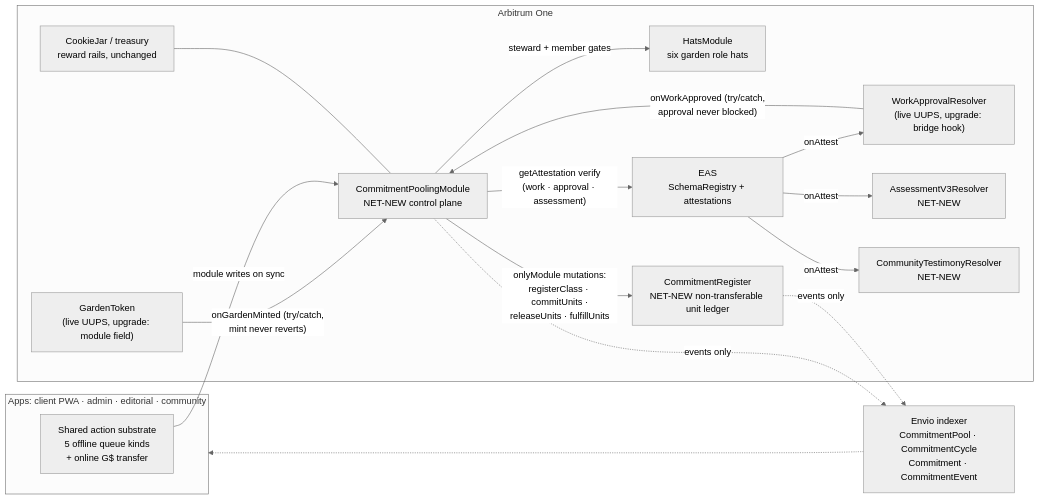
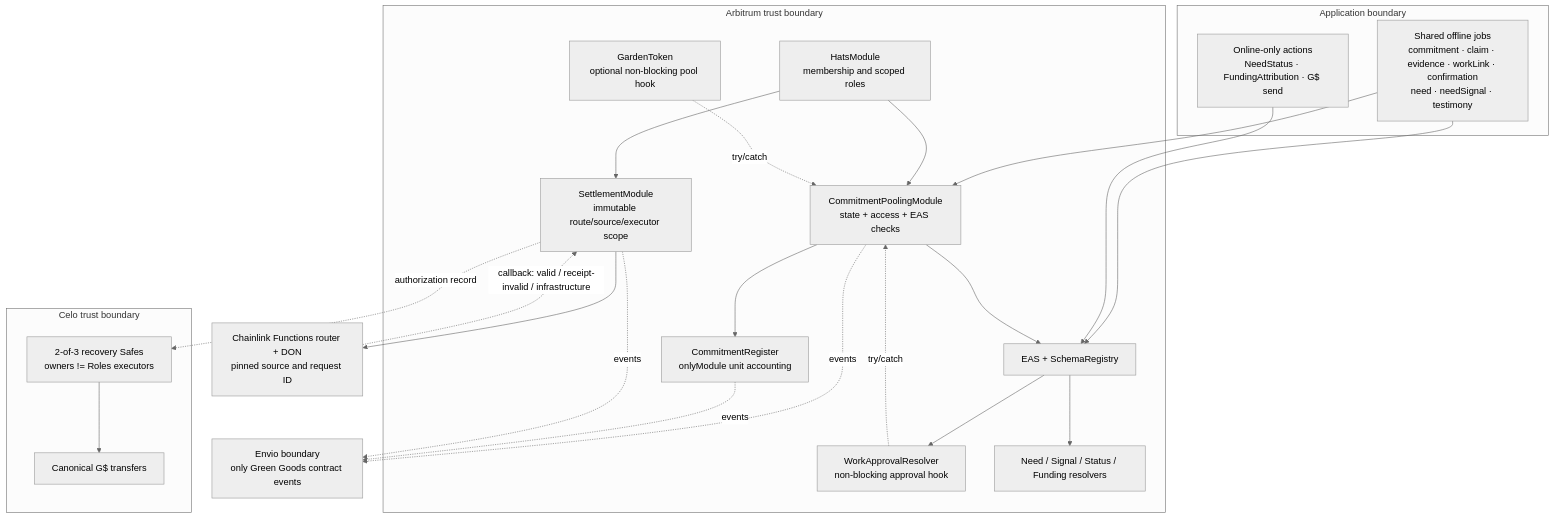
Before and after one commit to greenpill-dev-guild/green-goods: the second of 15 diagrams in .plans/active/commitment-pooling/diagrams.md, drawn with Mermaid (neutral theme). The commit also changed other lines of this file and 51 other files, not shown here.

First line of the commit message:
docs(claude): commitment-pooling pre-build readiness set

````diff
--- a/.plans/active/commitment-pooling/diagrams.md
+++ b/.plans/active/commitment-pooling/diagrams.md
@@ -31,34 +108,42 @@
 ```mermaid
-flowchart LR
-  subgraph apps["Apps: client PWA · admin · editorial · community"]
-    Q["Shared action substrate<br/>5 offline queue kinds<br/>+ online G$ transfer"]
+flowchart TB
+  subgraph APP["Application boundary"]
+    JOBS["Shared offline jobs<br/>commitment · claim · evidence · workLink · confirmation<br/>need · needSignal · testimony"]
+    ONLINE["Online-only actions<br/>NeedStatus · FundingAttribution · G$ send"]
   end
+  subgraph ARB["Arbitrum trust boundary"]
+    HATS["HatsModule<br/>membership and scoped roles"]
+    GT["GardenToken<br/>optional non-blocking pool hook"]
+    CPM["CommitmentPoolingModule<br/>state + access + EAS checks"]
+    REG["CommitmentRegister<br/>onlyModule unit accounting"]
+    SM["SettlementModule<br/>immutable route/source/executor scope"]
+    WAR["WorkApprovalResolver<br/>non-blocking approval hook"]
+    RES["Need / Signal / Status / Funding resolvers"]
+    EAS["EAS + SchemaRegistry"]
+  end
+  ENV["Envio boundary<br/>only Green Goods contract events"]
+  subgraph CELO["Celo trust boundary"]
+    SAFE["2-of-3 recovery Safes<br/>owners != Roles executors"]
+    GD["Canonical G$ transfers"]
+  end
+  ORACLE["Chainlink Functions router + DON<br/>pinned source and request ID"]
 
-  IDX["Envio indexer<br/>CommitmentPool · CommitmentCycle<br/>Commitment · CommitmentEvent"]
-
-  subgraph chain["Arbitrum One"]
-    GT["GardenToken<br/>(live UUPS, upgrade: module field)"]
-    HM["HatsModule<br/>six garden role hats"]
-    CPM["CommitmentPoolingModule<br/>NET-NEW control plane"]
-    CR["CommitmentRegister<br/>NET-NEW non-transferable unit ledger"]
-    WAR["WorkApprovalResolver<br/>(live UUPS, upgrade: bridge hook)"]
-    AV3["AssessmentV3Resolver<br/>NET-NEW"]
-    CTR["CommunityTestimonyResolver<br/>NET-NEW"]
-    EAS["EAS<br/>SchemaRegistry + attestations"]
-    JAR["CookieJar / treasury<br/>reward rails, unchanged"]
-  end
-
-  GT -- "onGardenMinted (try/catch,<br/>mint never reverts)" --> CPM
-  CPM -- "onlyModule mutations:<br/>registerClass · commitUnits ·<br/>releaseUnits · fulfillUnits" --> CR
-  CPM -- "steward + member gates" --> HM
-  EAS -- "onAttest" --> WAR
-  EAS -- "onAttest" --> AV3
-  EAS -- "onAttest" --> CTR
-  WAR -- "onWorkApproved (try/catch,<br/>approval never blocked)" --> CPM
-  CPM -- "getAttestation verify<br/>(work · approval · assessment)" --> EAS
-  CPM -. "events only" .-> IDX
-  CR -. "events only" .-> IDX
-  IDX -.-> apps
-  Q -- "module writes on sync" --> CPM
-  JAR --- CPM
+  JOBS --> CPM
+  JOBS --> EAS
+  ONLINE --> EAS
+  HATS --> CPM
+  HATS --> SM
+  GT -. "try/catch" .-> CPM
+  CPM --> REG
+  CPM --> EAS
+  EAS --> WAR
+  WAR -. "try/catch" .-> CPM
+  EAS --> RES
+  CPM -. "events" .-> ENV
+  REG -. "events" .-> ENV
+  SM -. "events" .-> ENV
+  SM -. "authorization record" .-> SAFE
+  SAFE --> GD
+  SM --> ORACLE
+  ORACLE -. "callback: valid / receipt-invalid / infrastructure" .-> SM
 ```
````
